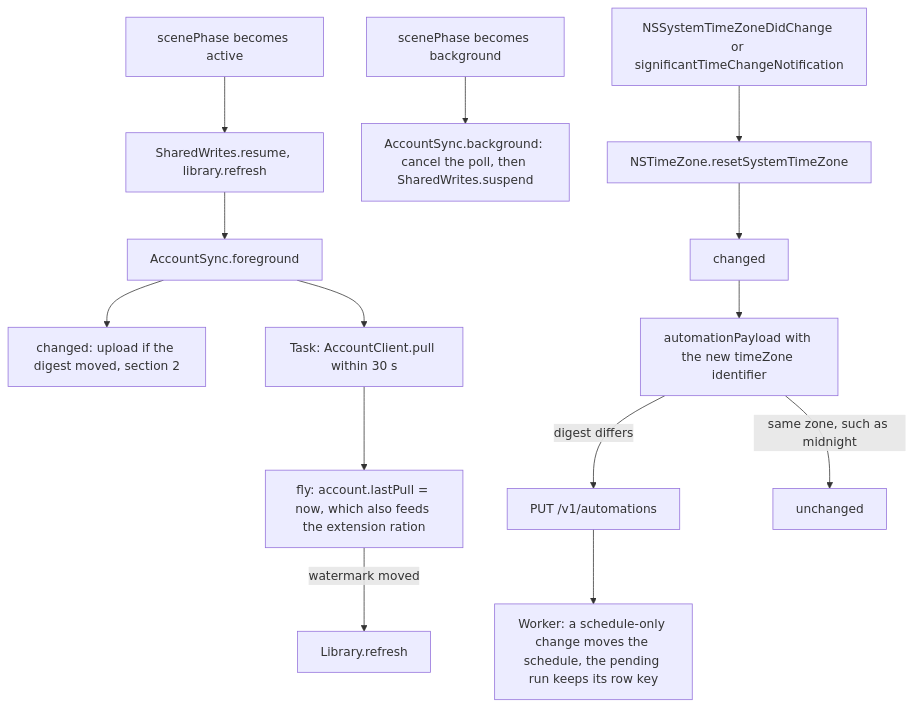
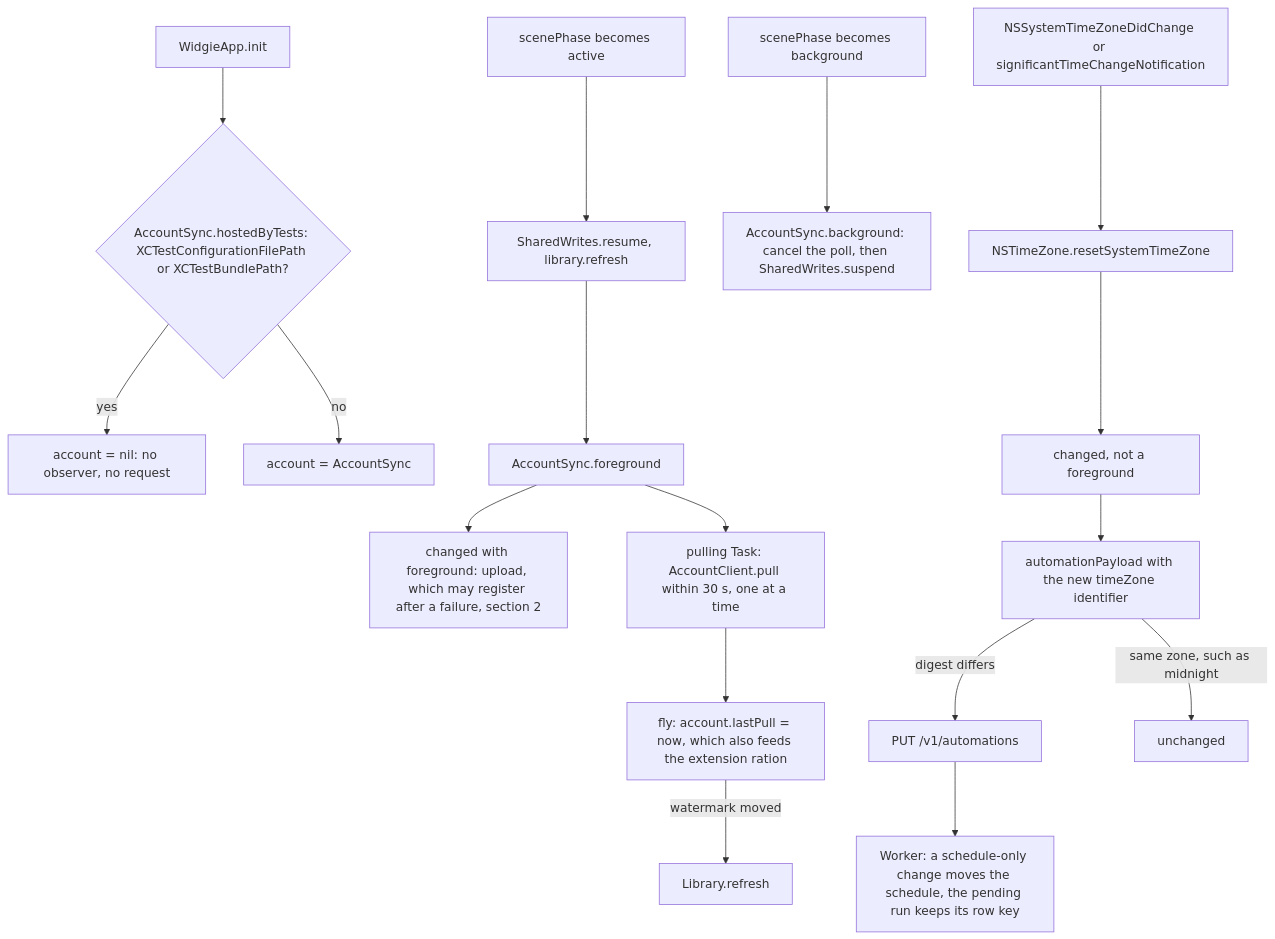
One commit to Krutik460/Widgie changed the third of 5 diagrams in docs/pr/26-phase-3-p4-app.md. Above: the diagram before and after it, drawn with Mermaid. The commit also changed other lines of this file and 1 other file, not shown here.

````diff
--- a/docs/pr/26-phase-3-p4-app.md
+++ b/docs/pr/26-phase-3-p4-app.md
@@ -139,16 +152,19 @@
 ```mermaid
 flowchart TD
+  INIT["WidgieApp.init"] --> HT{"AccountSync.hostedByTests: XCTestConfigurationFilePath or XCTestBundlePath?"}
+  HT -->|"yes"| NONE["account = nil: no observer, no request"]
+  HT -->|"no"| MADE["account = AccountSync"]
   ACT["scenePhase becomes active"] --> RES["SharedWrites.resume, library.refresh"]
   RES --> FG["AccountSync.foreground"]
-  FG --> CH["changed: upload if the digest moved, section 2"]
-  FG --> PULL["Task: AccountClient.pull within 30 s"]
+  FG --> CH["changed with foreground: upload, which may register after a failure, section 2"]
+  FG --> PULL["pulling Task: AccountClient.pull within 30 s, one at a time"]
   PULL --> FLY["fly: account.lastPull = now, which also feeds the extension ration"]
   FLY -->|"watermark moved"| REF["Library.refresh"]
   BG["scenePhase becomes background"] --> STOP["AccountSync.background: cancel the poll, then SharedWrites.suspend"]
   TZ["NSSystemTimeZoneDidChange or significantTimeChangeNotification"] --> RESET["NSTimeZone.resetSystemTimeZone"]
-  RESET --> CH2["changed"]
+  RESET --> CH2["changed, not a foreground"]
   CH2 --> PAY["automationPayload with the new timeZone identifier"]
   PAY -->|"digest differs"| PUT["PUT /v1/automations"]
   PUT --> SRV["Worker: a schedule-only change moves the schedule, the pending run keeps its row key"]
   PAY -->|"same zone, such as midnight"| NOOP["unchanged"]
 ```
````
